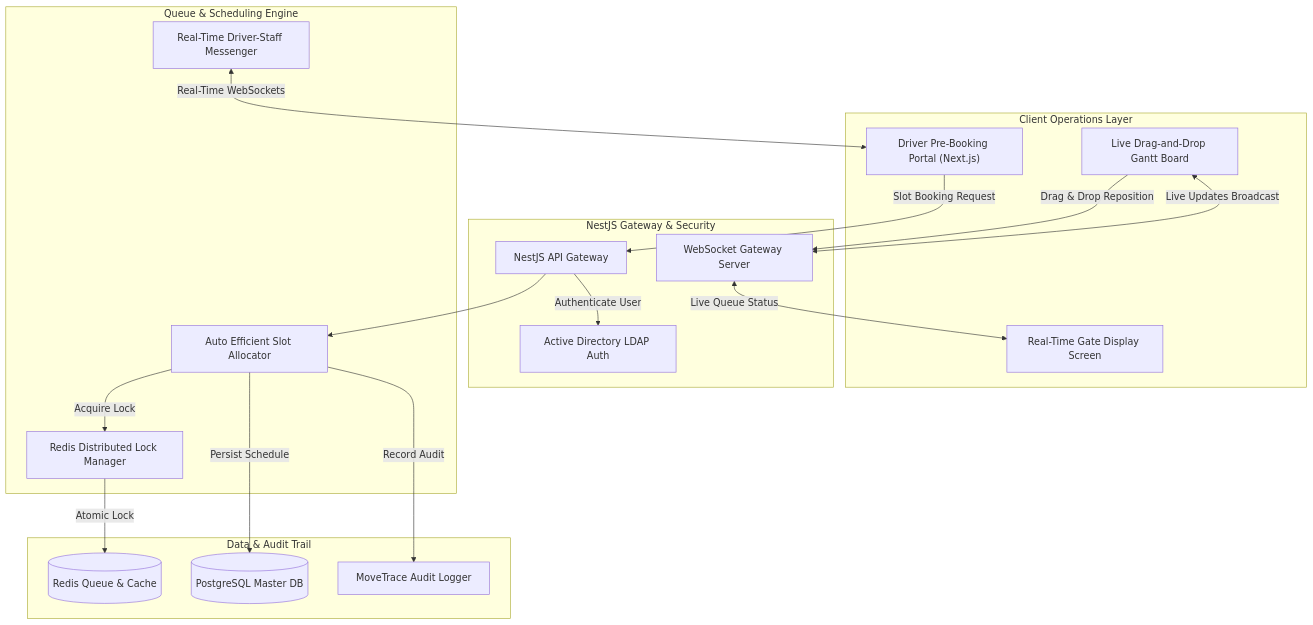
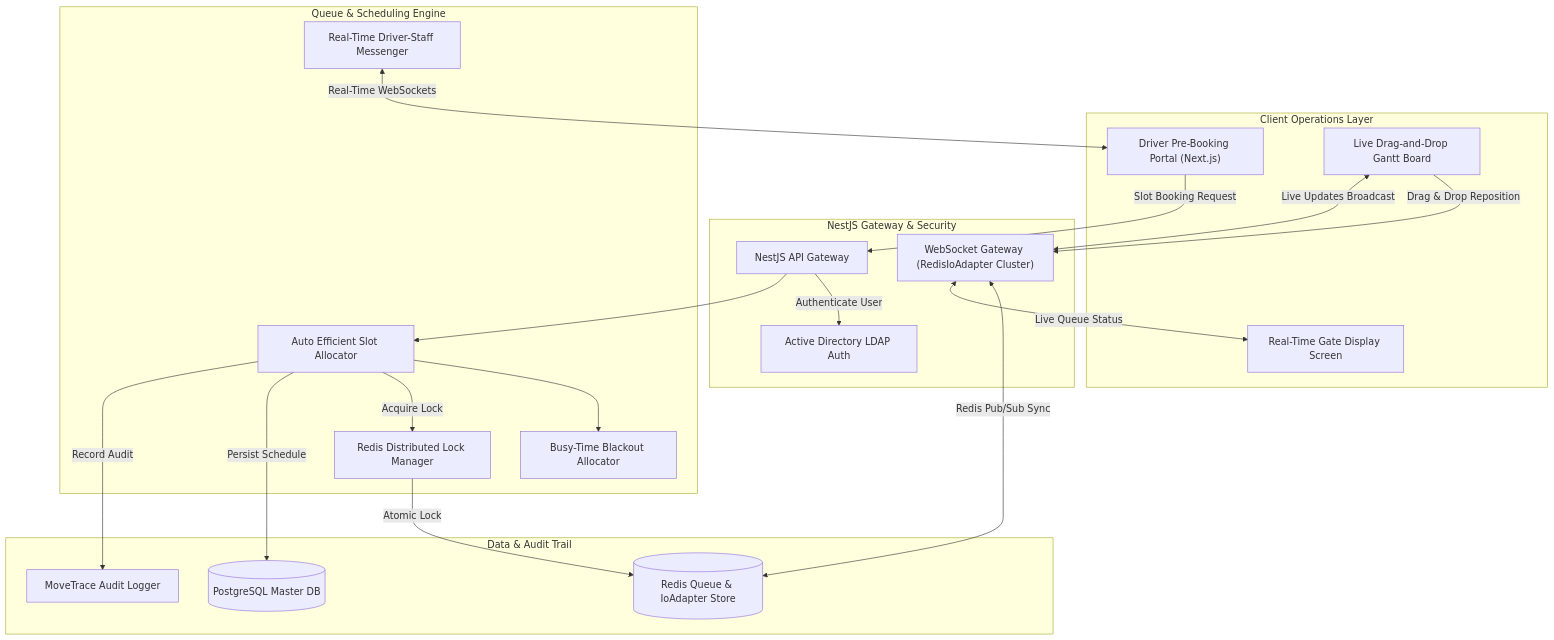
Before and after one commit to Ham144/Ham144: the third of 6 diagrams in README.md, drawn with Mermaid. The commit also changed other lines of this file, not shown here.

Commit message:
docs: deep architectural upgrade for all 6 projects - WQMS RedisIoAdapter, Super POS promo engine & crons, Spaced Retention LLM mode, Inventory Audit ioredis

````diff
--- a/README.md
+++ b/README.md
@@ -224,38 +224,41 @@
 ```mermaid
 graph TB
     subgraph Client_App["Client Operations Layer"]
         DriverPortal["Driver Pre-Booking Portal (Next.js)"]
         GuardGantt["Live Drag-and-Drop Gantt Board"]
         GateMonitor["Real-Time Gate Display Screen"]
     end
 
     subgraph Gateway_Auth["NestJS Gateway & Security"]
         NestAPI["NestJS API Gateway"]
-        WSGateway["WebSocket Gateway Server"]
+        WSGateway["WebSocket Gateway (RedisIoAdapter Cluster)"]
         LDAP["Active Directory LDAP Auth"]
     end
 
     subgraph Allocation_Engine["Queue & Scheduling Engine"]
         SlotPicker["Auto Efficient Slot Allocator"]
         LockManager["Redis Distributed Lock Manager"]
+        BusyTime["Busy-Time Blackout Allocator"]
         ChatEngine["Real-Time Driver-Staff Messenger"]
     end
 
     subgraph Storage_Audit["Data & Audit Trail"]
-        Redis[(Redis Queue & Cache)]
+        Redis[(Redis Queue & IoAdapter Store)]
         Postgres[(PostgreSQL Master DB)]
         AuditLog["MoveTrace Audit Logger"]
     end
 
     DriverPortal -->|Slot Booking Request| NestAPI
     GuardGantt -->|Drag & Drop Reposition| WSGateway
     NestAPI -->|Authenticate User| LDAP
     NestAPI --> SlotPicker
+    SlotPicker --> BusyTime
     SlotPicker -->|Acquire Lock| LockManager
     LockManager -->|Atomic Lock| Redis
     SlotPicker -->|Persist Schedule| Postgres
     SlotPicker -->|Record Audit| AuditLog
+    WSGateway <-->|Redis Pub/Sub Sync| Redis
     WSGateway <-->|Live Updates Broadcast| GuardGantt
     WSGateway <-->|Live Queue Status| GateMonitor
     ChatEngine <-->|Real-Time WebSockets| DriverPortal
 ```
````
